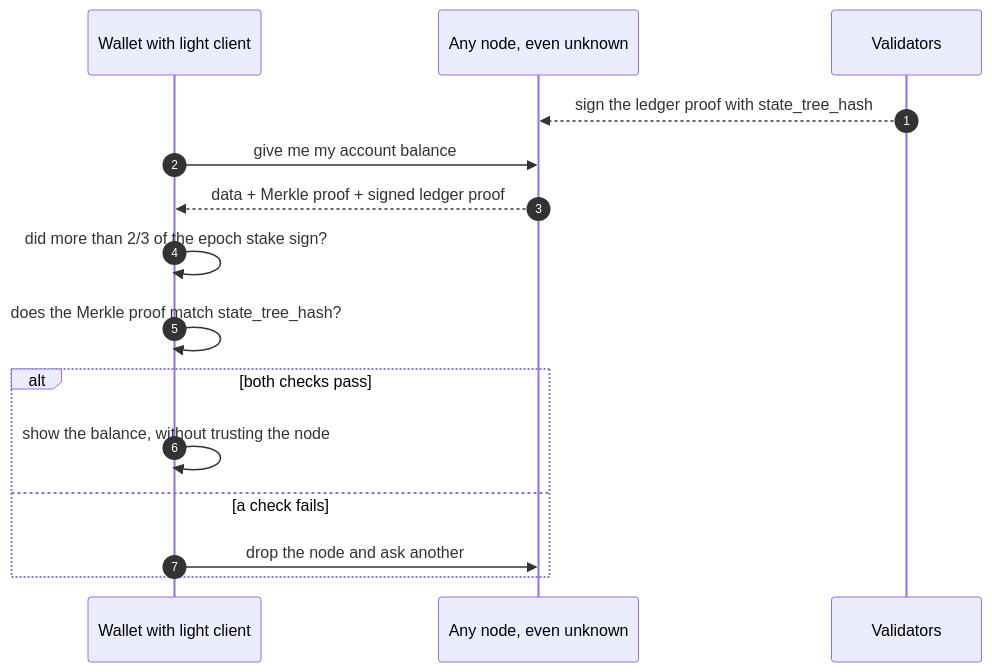
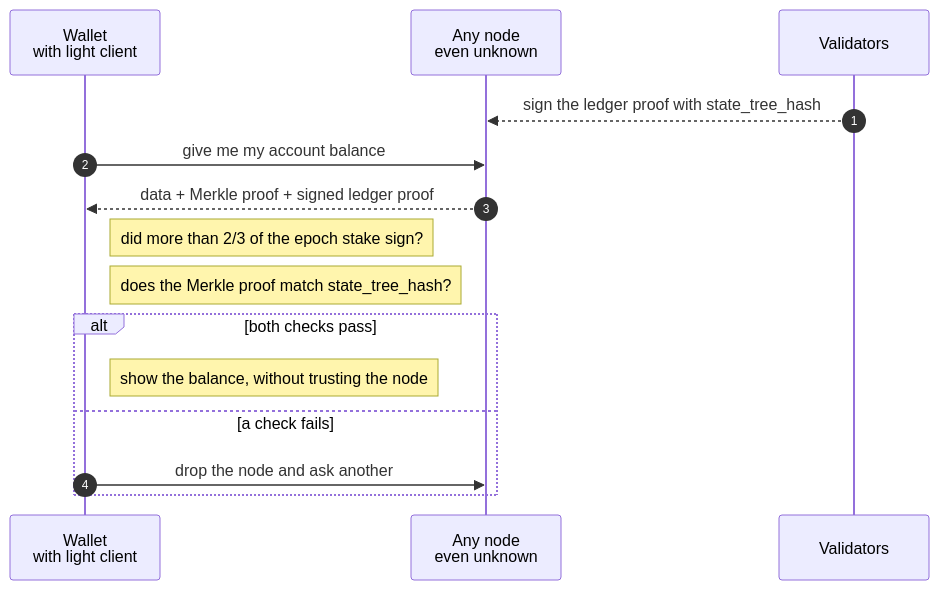
Before and after one commit to dazligth/radix-decentralization-roadmap: the sixth of 7 diagrams in docs/en/06-recommended-solution.md, drawn with Mermaid. The commit also changed other lines of this file and 9 other files, not shown here.

First line of the commit message:
Redesign diagrams for readability on GitHub

````diff
--- a/docs/en/06-recommended-solution.md
+++ b/docs/en/06-recommended-solution.md
@@ -233,17 +216,17 @@
 ```mermaid
 sequenceDiagram
     autonumber
-    participant W as Wallet with light client
-    participant Q as Any node, even unknown
+    participant W as Wallet<br/>with light client
+    participant Q as Any node<br/>even unknown
     participant V as Validators
     V-->>Q: sign the ledger proof with state_tree_hash
     W->>Q: give me my account balance
     Q-->>W: data + Merkle proof + signed ledger proof
-    W->>W: did more than 2/3 of the epoch stake sign?
-    W->>W: does the Merkle proof match state_tree_hash?
+    Note right of W: did more than 2/3 of the epoch stake sign?
+    Note right of W: does the Merkle proof match state_tree_hash?
     alt both checks pass
-        W->>W: show the balance, without trusting the node
+        Note right of W: show the balance, without trusting the node
     else a check fails
         W->>Q: drop the node and ask another
     end
 ```
````
